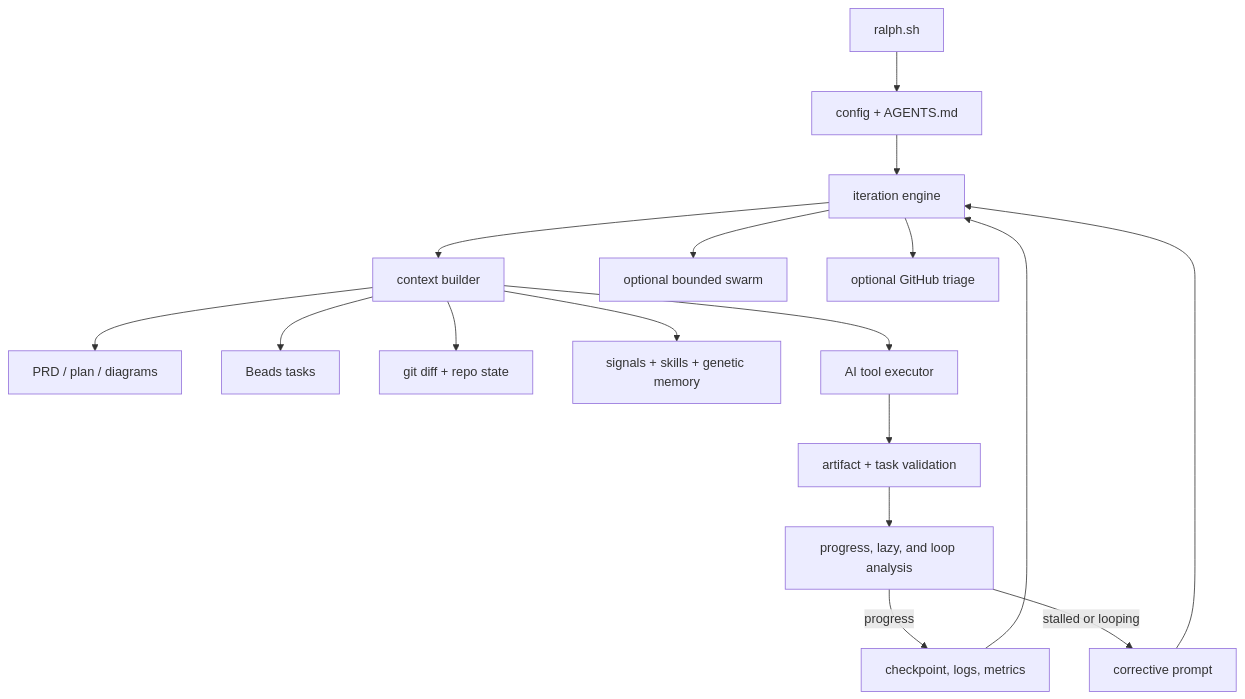
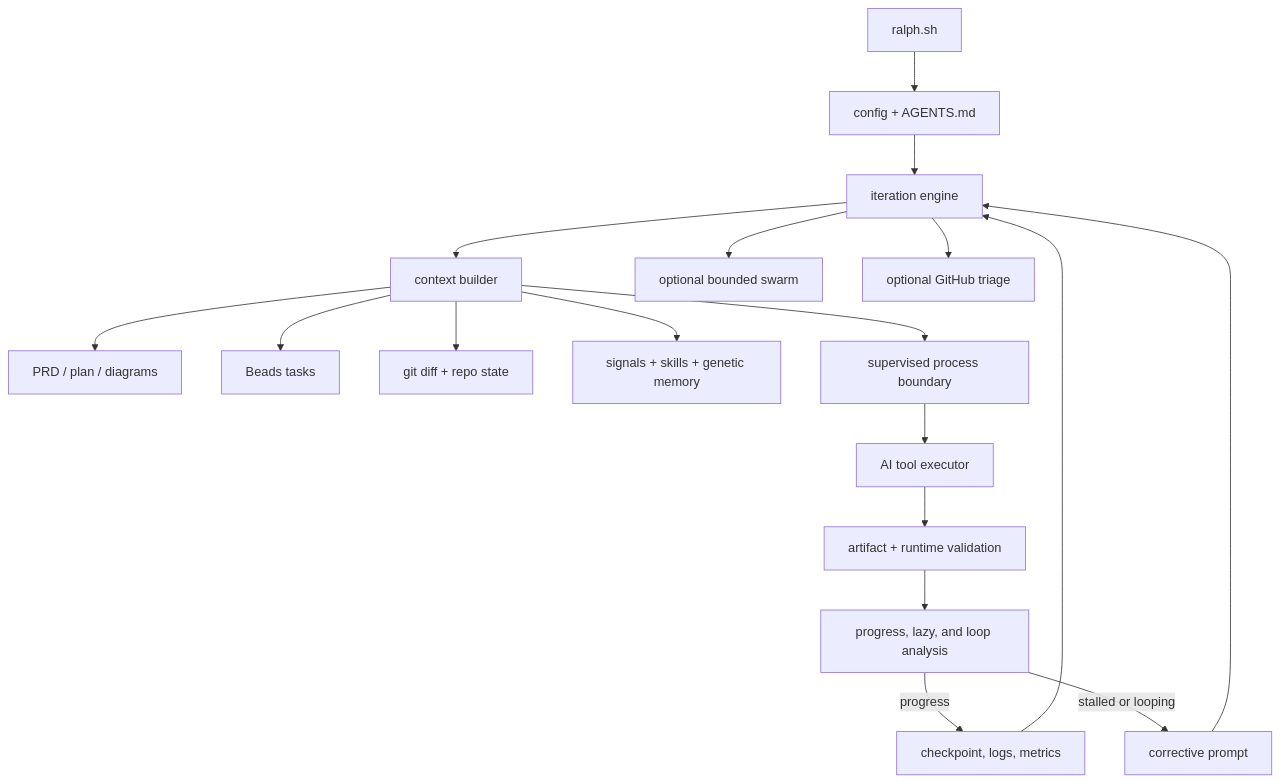
Before and after one commit to WomB0ComB0/ralph: the diagram in README.md, drawn with Mermaid. The commit also changed other lines of this file and 8 other files, not shown here.

Commit message:
Contain executors in supervised process groups

````diff
--- a/README.md
+++ b/README.md
@@ -39,23 +39,24 @@
 ```mermaid
 flowchart TD
     CLI["ralph.sh"] --> Config["config + AGENTS.md"]
     Config --> Loop["iteration engine"]
 
     Loop --> Context["context builder"]
     Context --> Artifacts["PRD / plan / diagrams"]
     Context --> Tasks["Beads tasks"]
     Context --> Git["git diff + repo state"]
     Context --> Memory["signals + skills + genetic memory"]
 
-    Context --> Tool["AI tool executor"]
-    Tool --> Validate["artifact + task validation"]
+    Context --> Boundary["supervised process boundary"]
+    Boundary --> Tool["AI tool executor"]
+    Tool --> Validate["artifact + runtime validation"]
     Validate --> Analyze["progress, lazy, and loop analysis"]
 
     Analyze -->|progress| Persist["checkpoint, logs, metrics"]
     Analyze -->|stalled or looping| Reflexion["corrective prompt"]
     Reflexion --> Loop
     Persist --> Loop
 
     Loop --> Swarm["optional bounded swarm"]
     Loop --> Triage["optional GitHub triage"]
 ```
````
